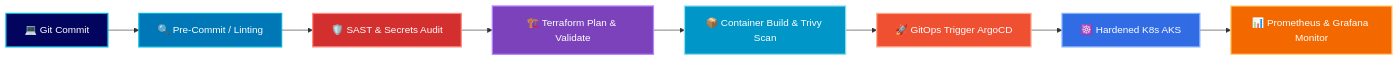
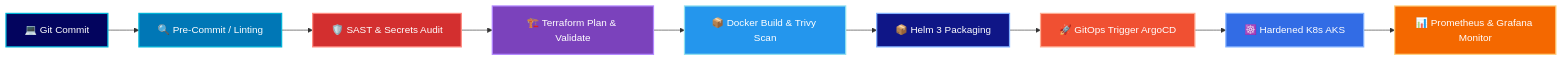
One commit to shashig123/shashig123 changed the diagram in README.md. Above: the diagram before and after it, drawn with Mermaid. The commit also changed other lines of this file, not shown here.

Commit message:
update: set title to Senior DevOps Engineer and highlight primary skills with Helm 3 packaging

````diff
--- a/README.md
+++ b/README.md
@@ -186,19 +208,21 @@
 ```mermaid
 flowchart LR
     A[💻 Git Commit] --> B[🔍 Pre-Commit / Linting]
     B --> C[🛡️ SAST & Secrets Audit]
     C --> D[🏗️ Terraform Plan & Validate]
-    D --> E[📦 Container Build & Trivy Scan]
-    E --> F[🚀 GitOps Trigger ArgoCD]
-    F --> G[☸️ Hardened K8s AKS]
-    G --> H[📊 Prometheus & Grafana Monitor]
+    D --> E[📦 Docker Build & Trivy Scan]
+    E --> F[📦 Helm 3 Packaging]
+    F --> G[🚀 GitOps Trigger ArgoCD]
+    G --> H[☸️ Hardened K8s AKS]
+    H --> I[📊 Prometheus & Grafana Monitor]
 
     style A fill:#03045e,stroke:#00b4d8,stroke-width:2px,color:#fff
     style B fill:#0077b6,stroke:#00b4d8,stroke-width:2px,color:#fff
     style C fill:#d32f2f,stroke:#ff8a80,stroke-width:2px,color:#fff
     style D fill:#7b42bc,stroke:#b388ff,stroke-width:2px,color:#fff
-    style E fill:#0096c7,stroke:#90e0ef,stroke-width:2px,color:#fff
-    style F fill:#f05032,stroke:#ffab91,stroke-width:2px,color:#fff
-    style G fill:#326ce5,stroke:#82b1ff,stroke-width:2px,color:#fff
-    style H fill:#f46800,stroke:#ffd180,stroke-width:2px,color:#fff
+    style E fill:#2496ed,stroke:#90e0ef,stroke-width:2px,color:#fff
+    style F fill:#0f1687,stroke:#82b1ff,stroke-width:2px,color:#fff
+    style G fill:#f05032,stroke:#ffab91,stroke-width:2px,color:#fff
+    style H fill:#326ce5,stroke:#82b1ff,stroke-width:2px,color:#fff
+    style I fill:#f46800,stroke:#ffd180,stroke-width:2px,color:#fff
 ```
````
